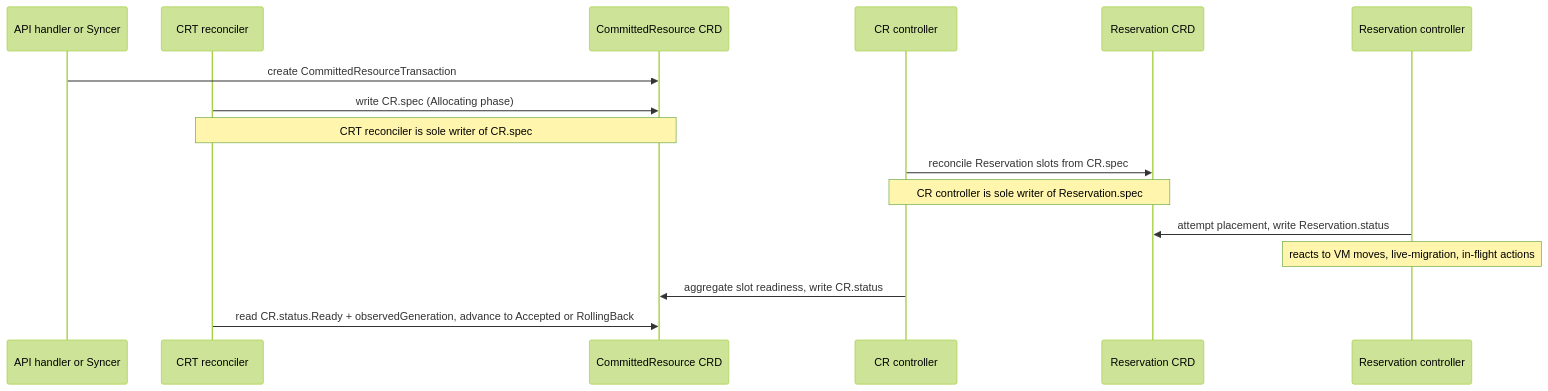
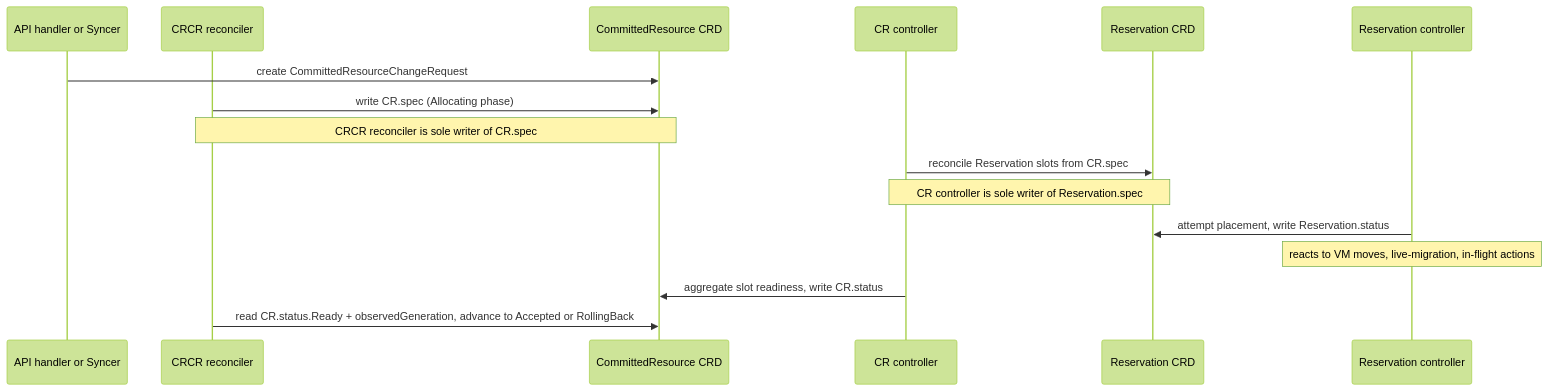
The second of 3 diagrams in docs/03-reservations-and-inventory/03-b-committed-resource-transaction-architecture.md (cobaltcore-dev/cortex), drawn with Mermaid (forest theme) before and after one commit. The commit also changed other lines of this file and 10 other files, not shown here.

````diff
--- a/docs/03-reservations-and-inventory/03-b-committed-resource-transaction-architecture.md
+++ b/docs/03-reservations-and-inventory/03-b-committed-resource-transaction-architecture.md
@@ -42,19 +42,19 @@
 ```mermaid
 sequenceDiagram
     participant W as API handler or Syncer
-    participant CRT as CRT reconciler
+    participant CRCR as CRCR reconciler
     participant CRCRD as CommittedResource CRD
     participant CRCtl as CR controller
     participant ResCRD as Reservation CRD
     participant ResCtl as Reservation controller
 
-    W->>CRCRD: create CommittedResourceTransaction
-    CRT->>CRCRD: write CR.spec (Allocating phase)
-    Note over CRT,CRCRD: CRT reconciler is sole writer of CR.spec
+    W->>CRCRD: create CommittedResourceChangeRequest
+    CRCR->>CRCRD: write CR.spec (Allocating phase)
+    Note over CRCR,CRCRD: CRCR reconciler is sole writer of CR.spec
     CRCtl->>ResCRD: reconcile Reservation slots from CR.spec
     Note over CRCtl,ResCRD: CR controller is sole writer of Reservation.spec
     ResCtl->>ResCRD: attempt placement, write Reservation.status
     Note over ResCtl: reacts to VM moves, live-migration, in-flight actions
     CRCtl->>CRCRD: aggregate slot readiness, write CR.status
-    CRT->>CRCRD: read CR.status.Ready + observedGeneration, advance to Accepted or RollingBack
+    CRCR->>CRCRD: read CR.status.Ready + observedGeneration, advance to Accepted or RollingBack
 ```
````
